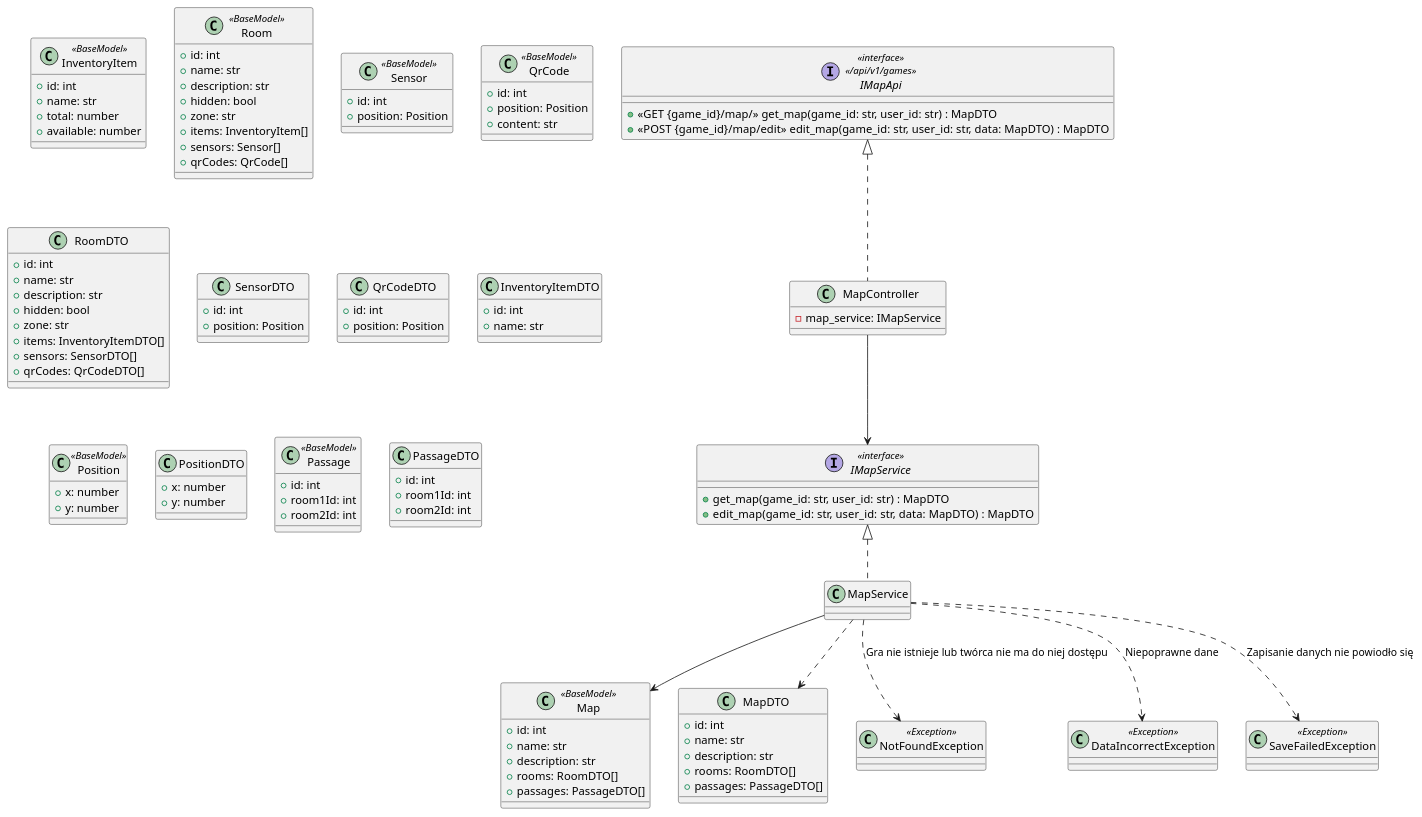
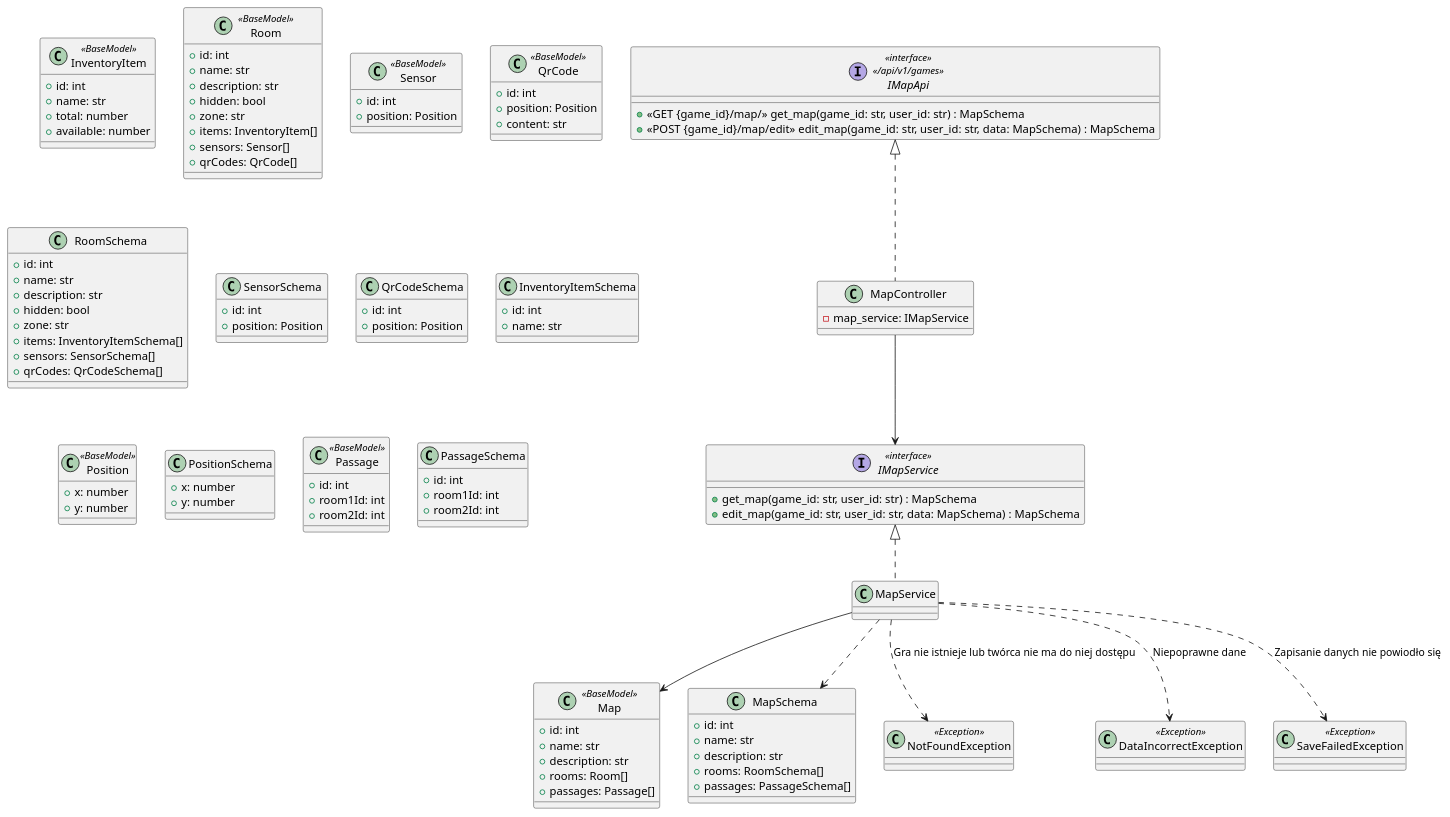
The diagram in diagrams/backend/map-definition.md (Igor-Ochocki/POP-2026Z), drawn with PlantUML before and after one commit.

Commit message:
change dto to schema

````diff
--- a/diagrams/backend/map-definition.md
+++ b/diagrams/backend/map-definition.md
@@ -1,7 +1,7 @@
 ```plantuml
 interface IMapApi <<interface>> \n<< /api/v1/games >> {
-    + <<GET {game_id}/map/>> get_map(game_id: str, user_id: str) : MapDTO
-    + <<POST {game_id}/map/edit>> edit_map(game_id: str, user_id: str, data: MapDTO) : MapDTO
+    + <<GET {game_id}/map/>> get_map(game_id: str, user_id: str) : MapSchema
+    + <<POST {game_id}/map/edit>> edit_map(game_id: str, user_id: str, data: MapSchema) : MapSchema
 }
 
 class MapController implements IMapApi {
@@ -9,8 +9,8 @@
 }
 
 interface IMapService <<interface>> {
-    + get_map(game_id: str, user_id: str) : MapDTO
-    + edit_map(game_id: str, user_id: str, data: MapDTO) : MapDTO
+    + get_map(game_id: str, user_id: str) : MapSchema
+    + edit_map(game_id: str, user_id: str, data: MapSchema) : MapSchema
 }
 
 MapController --> IMapService
@@ -22,16 +22,16 @@
     + id: int
     + name: str
     + description: str
-    + rooms: RoomDTO[]
-    + passages: PassageDTO[]
+    + rooms: Room[]
+    + passages: Passage[]
 }
 
-class MapDTO {
+class MapSchema {
     + id: int
     + name: str
     + description: str
-    + rooms: RoomDTO[]
-    + passages: PassageDTO[]
+    + rooms: RoomSchema[]
+    + passages: PassageSchema[]
 }
 
 class InventoryItem <<BaseModel>> {
@@ -63,28 +63,28 @@
     + content: str
 }
 
-class RoomDTO {
+class RoomSchema {
     + id: int
     + name: str
     + description: str
     + hidden: bool
     + zone: str
-    + items: InventoryItemDTO[]
-    + sensors: SensorDTO[]
-    + qrCodes: QrCodeDTO[]
+    + items: InventoryItemSchema[]
+    + sensors: SensorSchema[]
+    + qrCodes: QrCodeSchema[]
 }
 
-class SensorDTO {
+class SensorSchema {
     + id: int
     + position: Position
 }
 
-class QrCodeDTO {
+class QrCodeSchema {
     + id: int
     + position: Position
 }
 
-class InventoryItemDTO {
+class InventoryItemSchema {
     + id: int
     + name: str
 }
@@ -94,7 +94,7 @@
     + y: number
 }
 
-class PositionDTO {
+class PositionSchema {
     + x: number
     + y: number
 }
@@ -105,7 +105,7 @@
     + room2Id: int
 }
 
-class PassageDTO {
+class PassageSchema {
     + id: int
     + room1Id: int
     + room2Id: int
@@ -124,7 +124,7 @@
 }
 
 MapService --> Map
-MapService ..> MapDTO
+MapService ..> MapSchema
 MapService ..> NotFoundException : Gra nie istnieje lub twórca nie ma do niej dostępu
 MapService ..> DataIncorrectException : Niepoprawne dane
 MapService ..> SaveFailedException : Zapisanie danych nie powiodło się
````
